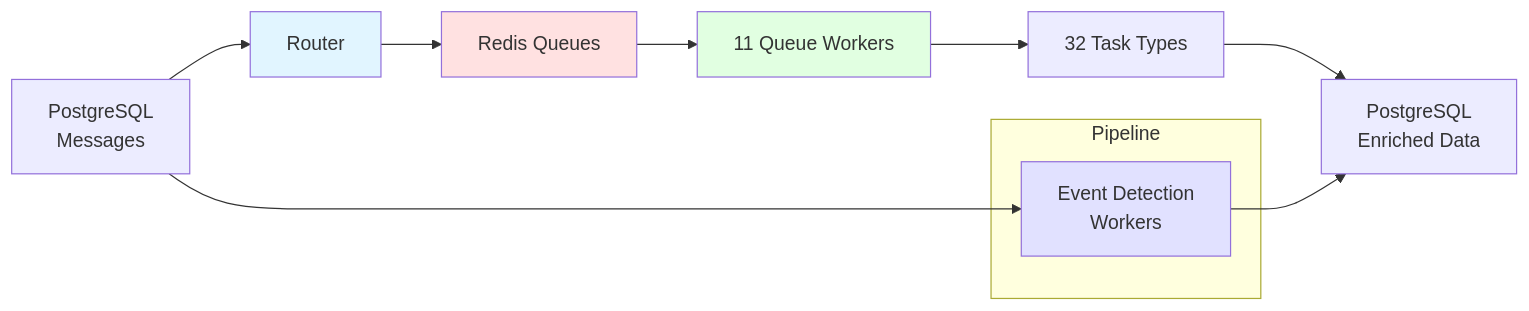
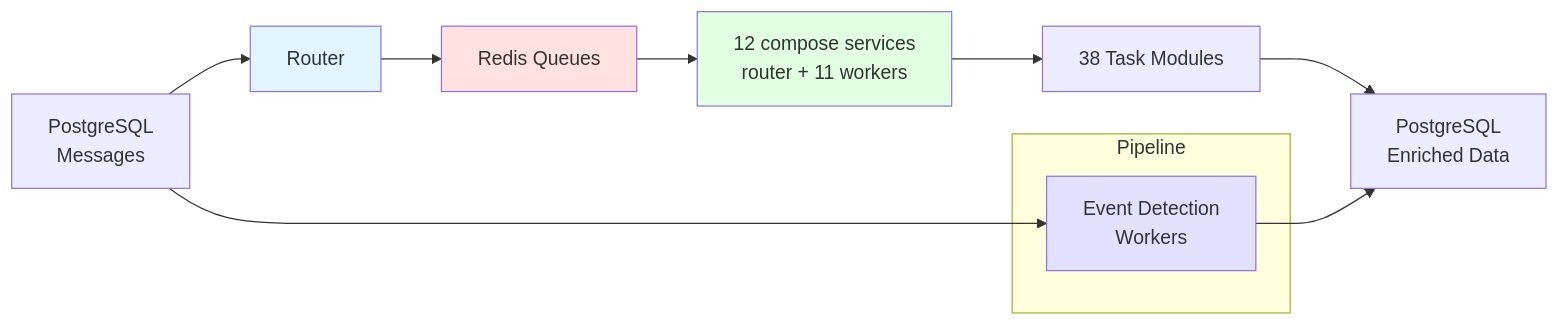
One commit to osintukraine/osint-platform-docs changed the first of 10 diagrams in docs/developer-guide/services/enrichment.md. Above: the diagram before and after it, drawn with Mermaid. The commit also changed other lines of this file and 74 other files, not shown here.

````diff
--- a/docs/developer-guide/services/enrichment.md
+++ b/docs/developer-guide/services/enrichment.md
@@ -9,20 +9,20 @@
 ```mermaid
 graph LR
     A[PostgreSQL<br/>Messages] --> B[Router]
     B --> C[Redis Queues]
-    C --> D[11 Queue Workers]
-    D --> E[32 Task Types]
+    C --> D[12 compose services<br/>router + 11 workers]
+    D --> E[38 Task Modules]
     E --> F[PostgreSQL<br/>Enriched Data]
 
     subgraph "Pipeline"
         G[Event Detection<br/>Workers]
     end
 
     A --> G
     G --> F
 
     style B fill:#e1f5ff
     style C fill:#ffe1e1
     style D fill:#e1ffe1
     style G fill:#e1e1ff
 ```
````
